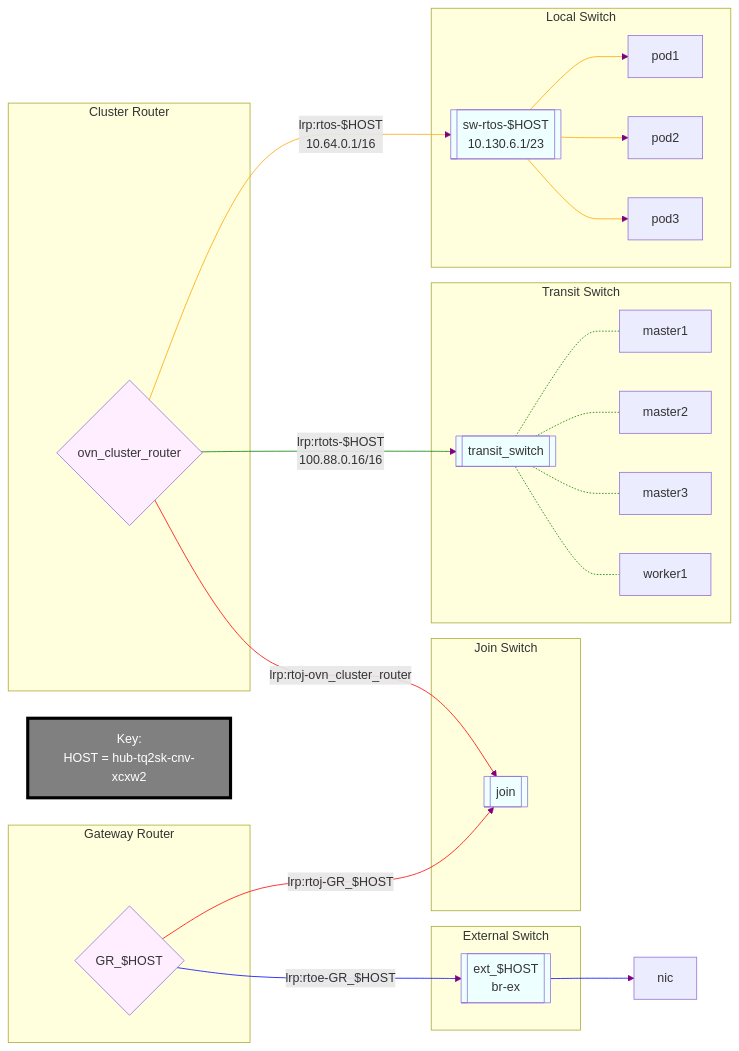
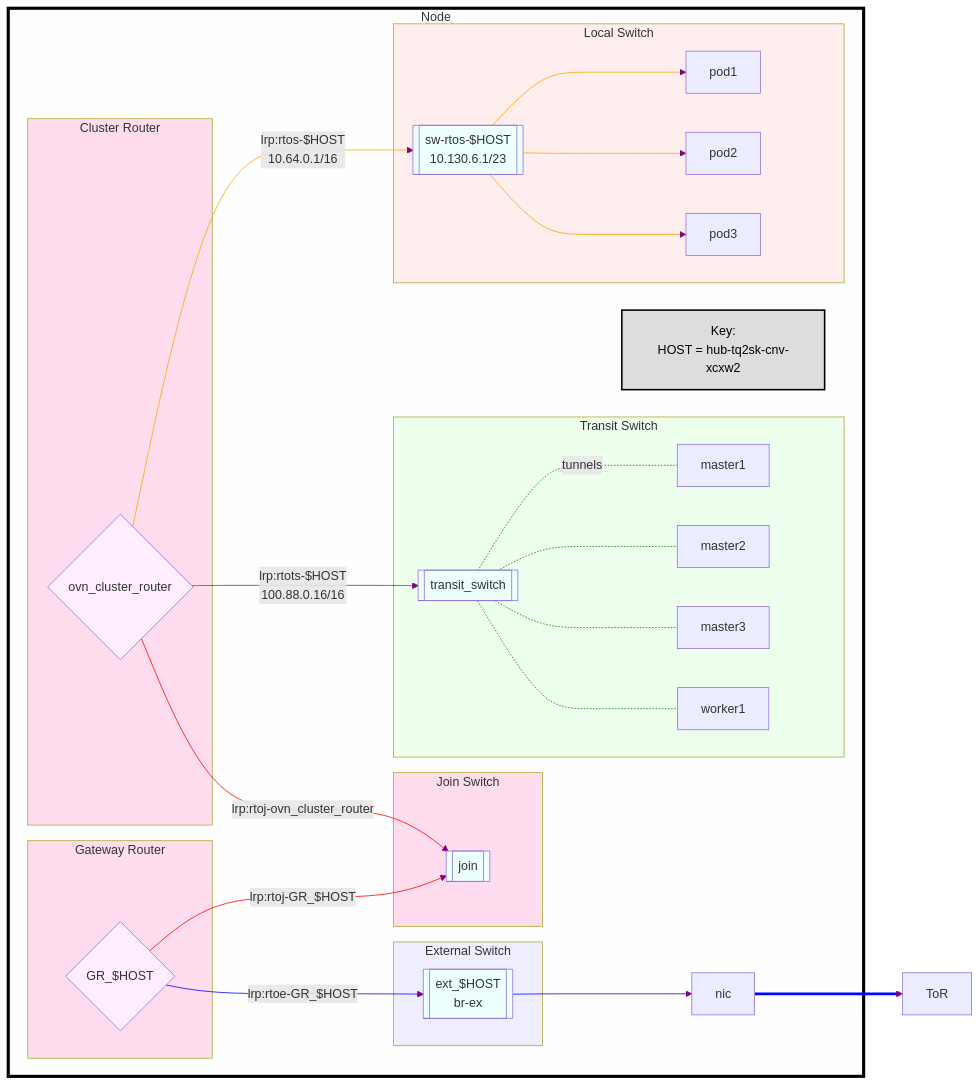
One commit to dlbewley/demo-virt changed the fourth of 5 diagrams in networking/diagram.md. Above: the diagram before and after it, drawn with Mermaid. The commit also changed other lines of this file, not shown here.

````diff
--- a/networking/diagram.md
+++ b/networking/diagram.md
@@ -385,6 +385,7 @@
 ```mermaid
 graph LR;
 
+subgraph Node
   hostname["Key:\nHOST = hub-tq2sk-cnv-xcxw2"]
 
 
@@ -408,7 +409,7 @@
 
   subgraph transit["Transit Switch"]
     sw-transit[[transit_switch]]
-    sw-transit -.- master1
+    sw-transit -. tunnels .- master1
     sw-transit -.- master2
     sw-transit -.- master3
     sw-transit -.- worker1
@@ -428,8 +429,15 @@
     rt-cluster -- lrp:rtoj-ovn_cluster_router --> sw-join
   end
 
-  classDef key fill:grey, color:white, stroke:black, stroke-width:4
+  end
+  nic ==> ToR
+
+
+  classDef key fill:#ddd, color:black, stroke:black, stroke-width:2
   class hostname key
+
+  classDef nodes fill:#fefefe, stroke:black, stroke-width:4
+  class Node nodes
 
   classDef switch fill:#eff
   class sw-join,sw-transit,sw-local,sw-ext switch
@@ -437,8 +445,22 @@
   classDef router fill:#fef
   class rt-gw,rt-cluster router
 
+  classDef routers fill:#fde
+  class ovn_cluster_router,GR_$HOST routers
+
+  style ext_hub-tq2sk-cnv-xcxw2 fill:#eef
+  style transit fill:#efe
+  style join fill:#fde
+  style sw-rtos-$HOST fill:#fee
+
+  classDef key fill:#ddd, color:black, stroke:black, stroke-width:2
+  class hostname key
+
+  classDef switch fill:#eff
+  class sw-join,sw-transit,sw-local,sw-ext switch
+
   linkStyle default stroke:purple
-  linkStyle 0,2 stroke:blue
+  linkStyle 0,2,13 stroke:blue
   linkStyle 1,12 stroke:red
   linkStyle 3,4,5,6 stroke:green
   linkStyle 7,8,9,10 stroke:orange
````
